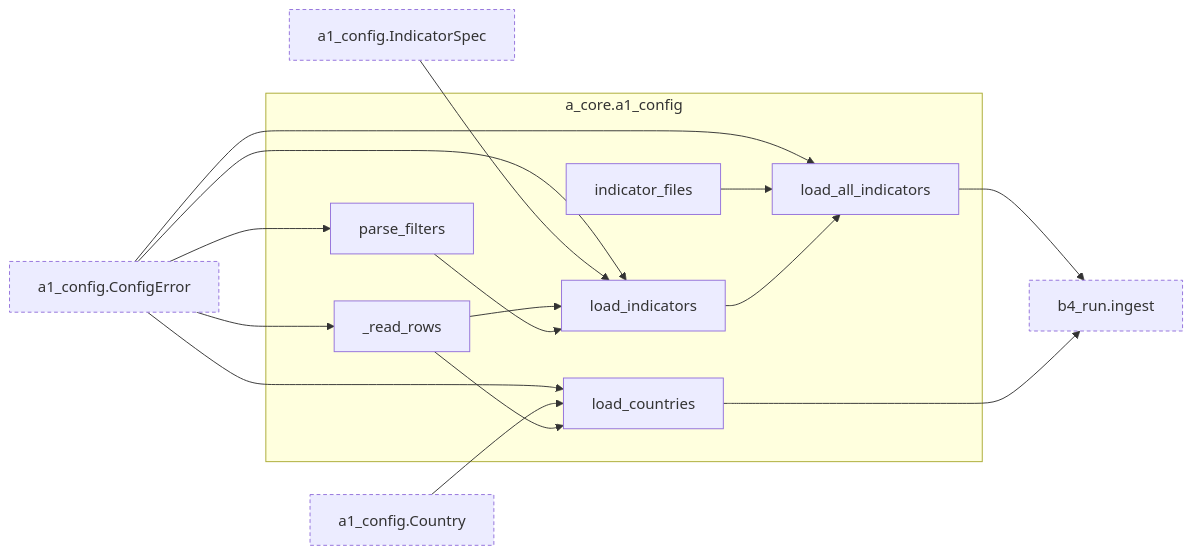
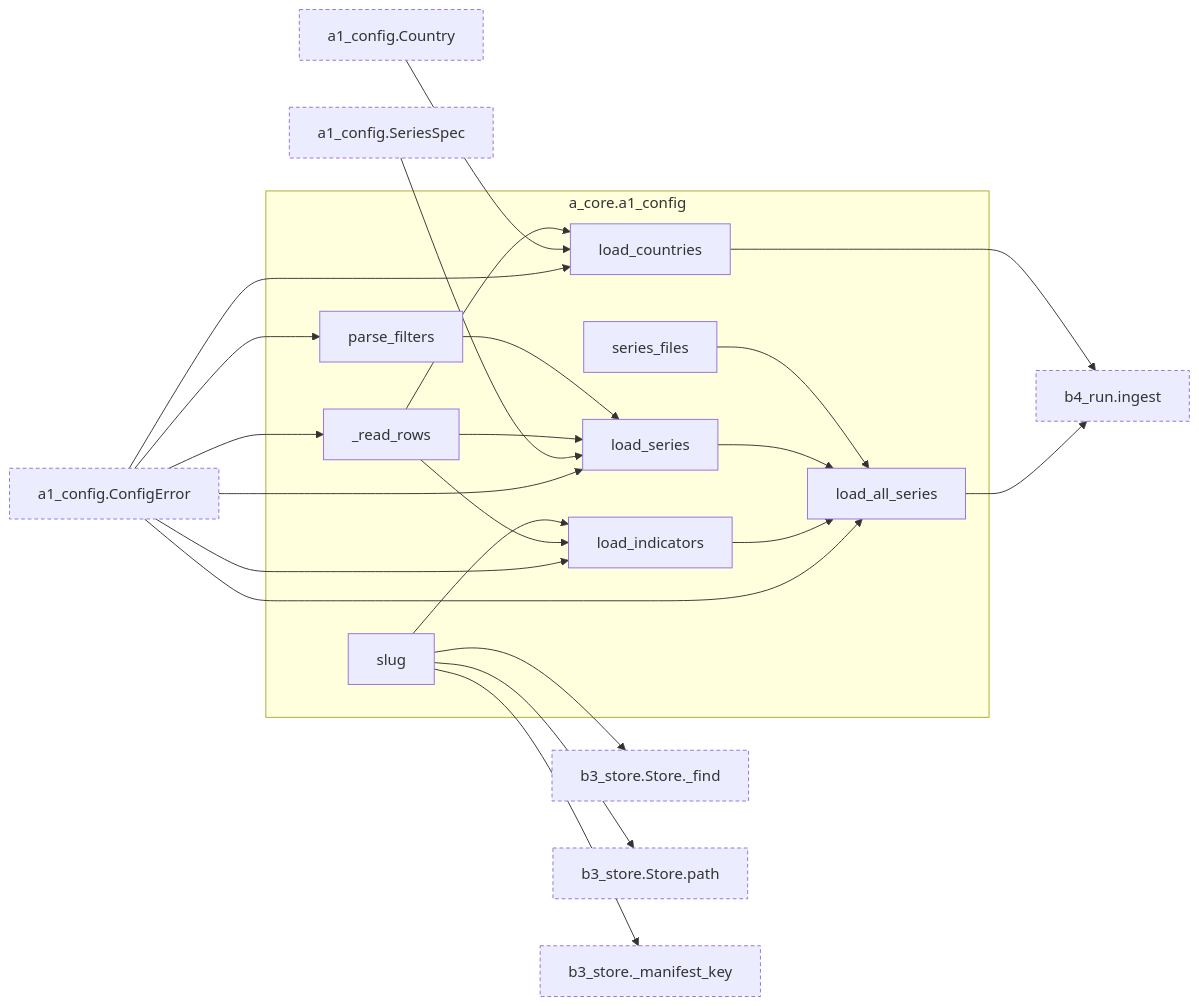
The third of 9 diagrams in docs/architecture.md (bsawyerg15/MacroScan), drawn with Mermaid before and after one commit. The commit also changed other lines of this file and 13 other files, not shown here.

````diff
--- a/docs/architecture.md
+++ b/docs/architecture.md
@@ -174,40 +179,57 @@
 ```mermaid
 flowchart LR
   subgraph this["a_core.a1_config"]
     n_a_core_a1_config__read_rows["_read_rows"]
-    n_a_core_a1_config_indicator_files["indicator_files"]
-    n_a_core_a1_config_load_all_indicators["load_all_indicators"]
+    n_a_core_a1_config_load_all_series["load_all_series"]
     n_a_core_a1_config_load_countries["load_countries"]
     n_a_core_a1_config_load_indicators["load_indicators"]
+    n_a_core_a1_config_load_series["load_series"]
     n_a_core_a1_config_parse_filters["parse_filters"]
+    n_a_core_a1_config_series_files["series_files"]
+    n_a_core_a1_config_slug["slug"]
   end
   n_a_core_a1_config_ConfigError["a1_config.ConfigError"]:::ext
   n_a_core_a1_config_Country["a1_config.Country"]:::ext
-  n_a_core_a1_config_IndicatorSpec["a1_config.IndicatorSpec"]:::ext
+  n_a_core_a1_config_SeriesSpec["a1_config.SeriesSpec"]:::ext
+  n_b_ingest_b3_store_Store__find["b3_store.Store._find"]:::ext
+  n_b_ingest_b3_store_Store_path["b3_store.Store.path"]:::ext
+  n_b_ingest_b3_store__manifest_key["b3_store._manifest_key"]:::ext
   n_b_ingest_b4_run_ingest["b4_run.ingest"]:::ext
   n_a_core_a1_config_ConfigError --> n_a_core_a1_config__read_rows
-  n_a_core_a1_config_ConfigError --> n_a_core_a1_config_load_all_indicators
-  n_a_core_a1_config_indicator_files --> n_a_core_a1_config_load_all_indicators
-  n_a_core_a1_config_load_indicators --> n_a_core_a1_config_load_all_indicators
+  n_a_core_a1_config_ConfigError --> n_a_core_a1_config_load_all_series
+  n_a_core_a1_config_load_indicators --> n_a_core_a1_config_load_all_series
+  n_a_core_a1_config_load_series --> n_a_core_a1_config_load_all_series
+  n_a_core_a1_config_series_files --> n_a_core_a1_config_load_all_series
   n_a_core_a1_config_ConfigError --> n_a_core_a1_config_load_countries
   n_a_core_a1_config_Country --> n_a_core_a1_config_load_countries
   n_a_core_a1_config__read_rows --> n_a_core_a1_config_load_countries
   n_a_core_a1_config_ConfigError --> n_a_core_a1_config_load_indicators
-  n_a_core_a1_config_IndicatorSpec --> n_a_core_a1_config_load_indicators
   n_a_core_a1_config__read_rows --> n_a_core_a1_config_load_indicators
-  n_a_core_a1_config_parse_filters --> n_a_core_a1_config_load_indicators
+  n_a_core_a1_config_slug --> n_a_core_a1_config_load_indicators
+  n_a_core_a1_config_ConfigError --> n_a_core_a1_config_load_series
+  n_a_core_a1_config_SeriesSpec --> n_a_core_a1_config_load_series
+  n_a_core_a1_config__read_rows --> n_a_core_a1_config_load_series
+  n_a_core_a1_config_parse_filters --> n_a_core_a1_config_load_series
   n_a_core_a1_config_ConfigError --> n_a_core_a1_config_parse_filters
-  n_a_core_a1_config_load_all_indicators --> n_b_ingest_b4_run_ingest
+  n_a_core_a1_config_slug --> n_b_ingest_b3_store_Store__find
+  n_a_core_a1_config_slug --> n_b_ingest_b3_store_Store_path
+  n_a_core_a1_config_slug --> n_b_ingest_b3_store__manifest_key
+  n_a_core_a1_config_load_all_series --> n_b_ingest_b4_run_ingest
   n_a_core_a1_config_load_countries --> n_b_ingest_b4_run_ingest
   click n_a_core_a1_config_ConfigError href "#cls-ConfigError"
   click n_a_core_a1_config_Country href "#cls-Country"
-  click n_a_core_a1_config_IndicatorSpec href "#cls-IndicatorSpec"
+  click n_a_core_a1_config_SeriesSpec href "#cls-SeriesSpec"
   click n_a_core_a1_config__read_rows href "#fn-a_core-a1_config-_read_rows"
-  click n_a_core_a1_config_indicator_files href "#fn-a_core-a1_config-indicator_files"
-  click n_a_core_a1_config_load_all_indicators href "#fn-a_core-a1_config-load_all_indicators"
+  click n_a_core_a1_config_load_all_series href "#fn-a_core-a1_config-load_all_series"
   click n_a_core_a1_config_load_countries href "#fn-a_core-a1_config-load_countries"
   click n_a_core_a1_config_load_indicators href "#fn-a_core-a1_config-load_indicators"
+  click n_a_core_a1_config_load_series href "#fn-a_core-a1_config-load_series"
   click n_a_core_a1_config_parse_filters href "#fn-a_core-a1_config-parse_filters"
+  click n_a_core_a1_config_series_files href "#fn-a_core-a1_config-series_files"
+  click n_a_core_a1_config_slug href "#fn-a_core-a1_config-slug"
+  click n_b_ingest_b3_store_Store__find href "#fn-b_ingest-b3_store-Store._find"
+  click n_b_ingest_b3_store_Store_path href "#fn-b_ingest-b3_store-Store.path"
+  click n_b_ingest_b3_store__manifest_key href "#fn-b_ingest-b3_store-_manifest_key"
   click n_b_ingest_b4_run_ingest href "#fn-b_ingest-b4_run-ingest"
   classDef ext stroke-dasharray: 4 3
 ```
````
